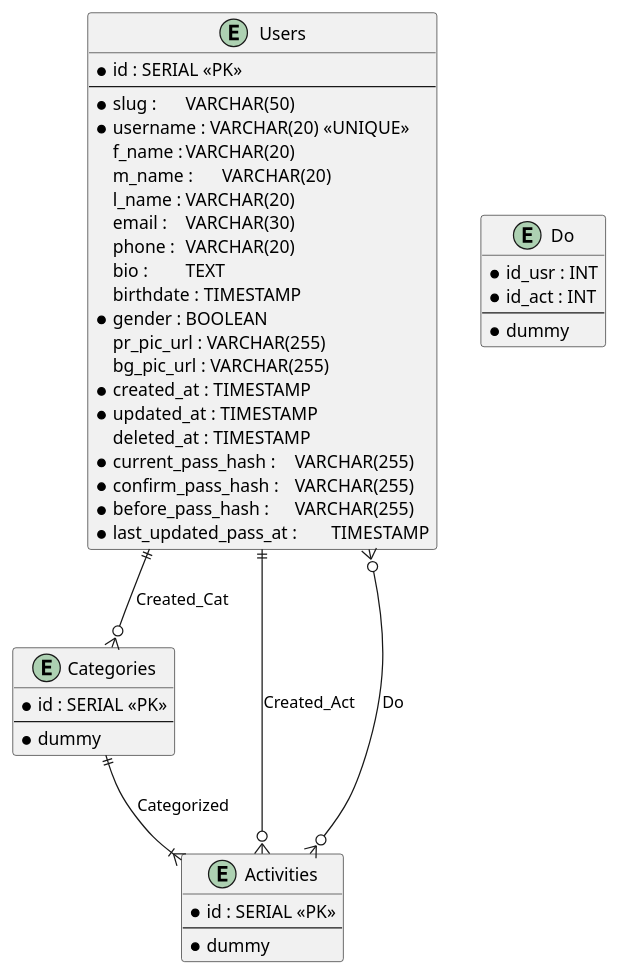
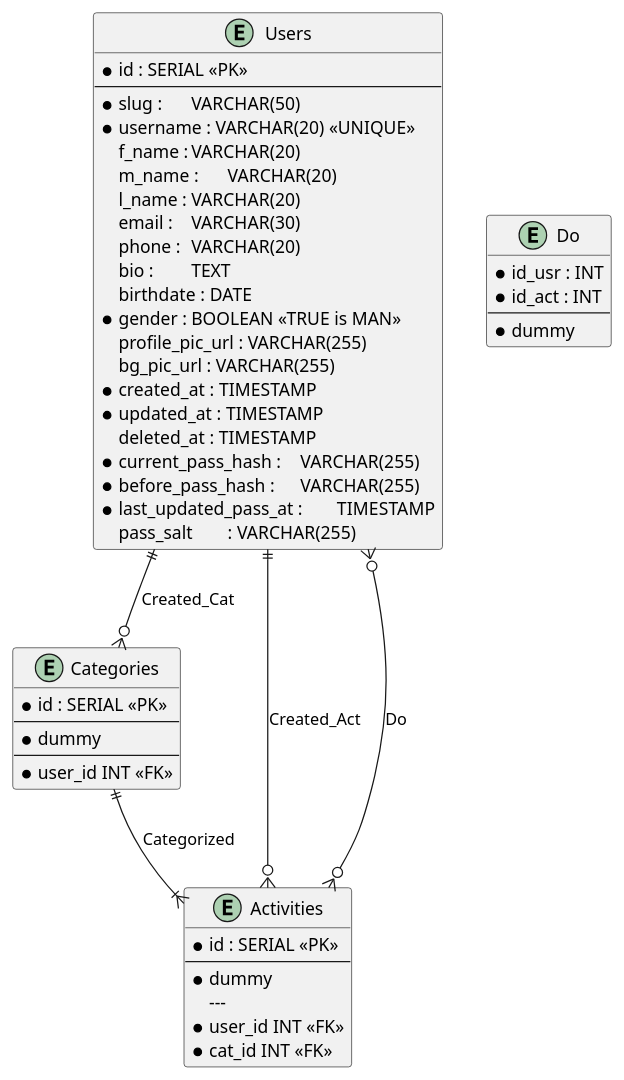
One commit to IbraSuraya/suraya changed the diagram in db/ie.puml. Above: the diagram before and after it, drawn with PlantUML. The commit also changed 5 other files, not shown here.

Commit message:
update erd users columns spec | create and done migration users (setup table and dummy)

```diff
--- a/db/ie.puml
+++ b/db/ie.puml
@@ -1,49 +1,54 @@
 @startuml Entertaiment
 
 entity Users {
   * id : SERIAL <<PK>>
   ---
   * slug :	VARCHAR(50)
   * username : VARCHAR(20) <<UNIQUE>>
   f_name :	VARCHAR(20)
   m_name :	VARCHAR(20)
   l_name :	VARCHAR(20)
   email :	VARCHAR(30)
   phone :	VARCHAR(20)
   bio :		TEXT
-  birthdate : TIMESTAMP
-  * gender :	BOOLEAN
-  pr_pic_url : VARCHAR(255)
+  birthdate : DATE
+  * gender :	BOOLEAN <<TRUE is MAN>>
+  profile_pic_url : VARCHAR(255)
   bg_pic_url : VARCHAR(255)
   * created_at : TIMESTAMP
   * updated_at : TIMESTAMP
   deleted_at : TIMESTAMP
   * current_pass_hash :	VARCHAR(255)
-  * confirm_pass_hash :	VARCHAR(255)
   * before_pass_hash :	VARCHAR(255)
   * last_updated_pass_at :	TIMESTAMP
+  pass_salt	: VARCHAR(255)
 }
 entity Categories {
   * id : SERIAL <<PK>>
   ---
   * dummy
+  ---
+  * user_id INT <<FK>>
 }
 entity Activities {
   * id : SERIAL <<PK>>
   ---
   * dummy
+    ---
+  * user_id INT <<FK>>
+  * cat_id INT <<FK>>
 }
 
 entity Do {
   * id_usr : INT
   * id_act : INT
   ---
   * dummy
 }
 
 Users ||--o{ Categories : Created_Cat
 Users ||--o{ Activities : Created_Act
 Users }o--o{ Activities : Do
 Categories ||--|{ Activities : Categorized
 
 @enduml
```
